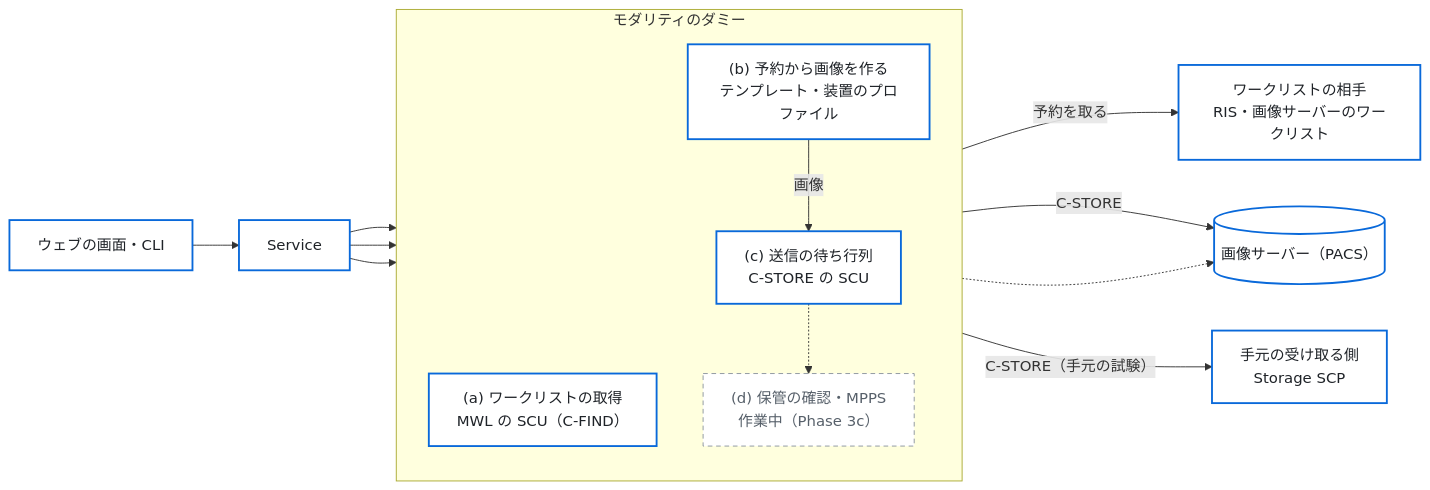
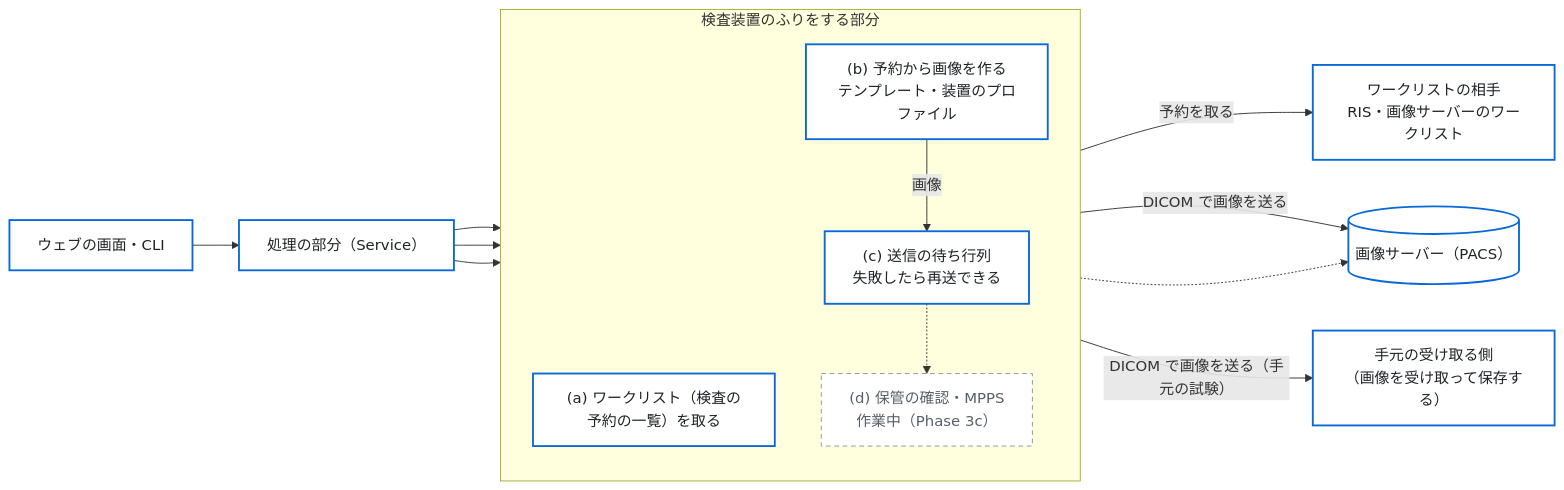
The first of 2 diagrams in spec/01_architecture.md (jeysunit/dicom-test-generator), drawn with Mermaid before and after one commit. The commit also changed other lines of this file and 1 other file, not shown here.

First line of the commit message:
docs: README の専門語・内輪の語を外の人に分かる言葉にし、図の関係を書く

````diff
--- a/spec/01_architecture.md
+++ b/spec/01_architecture.md
@@ -11,29 +14,29 @@
 ```mermaid
 flowchart LR
   classDef box fill:#ffffff,stroke:#0969da,stroke-width:2px,color:#1f2328
   classDef plan fill:#ffffff,stroke:#8c959f,stroke-dasharray:5 4,color:#57606a
 
   UI["ウェブの画面・CLI"]:::box
-  SVC["Service"]:::box
-  subgraph FLOW["モダリティのダミー"]
+  SVC["処理の部分（Service）"]:::box
+  subgraph FLOW["検査装置のふりをする部分"]
     direction TB
-    MWL["(a) ワークリストの取得<br/>MWL の SCU（C-FIND）"]:::box
+    MWL["(a) ワークリスト（検査の予約の一覧）を取る"]:::box
     MAKE["(b) 予約から画像を作る<br/>テンプレート・装置のプロファイル"]:::box
-    QUEUE["(c) 送信の待ち行列<br/>C-STORE の SCU"]:::box
+    QUEUE["(c) 送信の待ち行列<br/>失敗したら再送できる"]:::box
     COMMIT["(d) 保管の確認・MPPS<br/>作業中（Phase 3c）"]:::plan
   end
   RIS["ワークリストの相手<br/>RIS・画像サーバーのワークリスト"]:::box
   PACS[("画像サーバー（PACS）")]:::box
-  SCP["手元の受け取る側<br/>Storage SCP"]:::box
+  SCP["手元の受け取る側<br/>（画像を受け取って保存する）"]:::box
 
   UI --> SVC
   SVC --> MWL
   SVC --> MAKE
   SVC --> QUEUE
   MWL -->|"予約を取る"| RIS
   MAKE -->|"画像"| QUEUE
-  QUEUE -->|"C-STORE"| PACS
-  QUEUE -->|"C-STORE（手元の試験）"| SCP
+  QUEUE -->|"DICOM で画像を送る"| PACS
+  QUEUE -->|"DICOM で画像を送る（手元の試験）"| SCP
   QUEUE -.-> COMMIT
   COMMIT -.-> PACS
 ```
````
